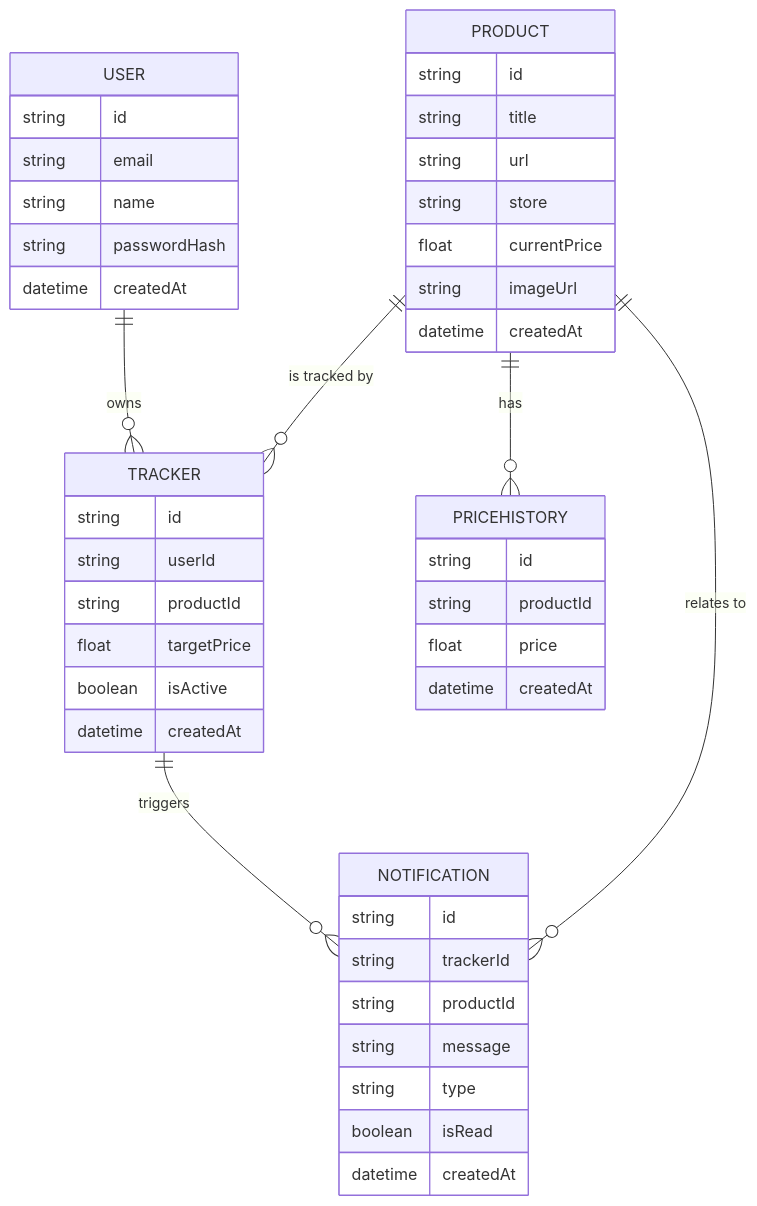
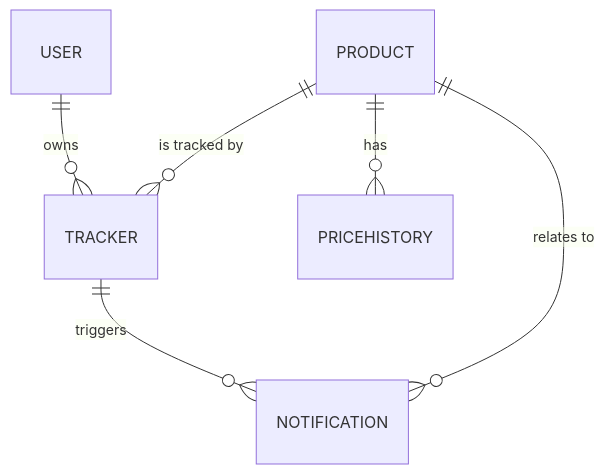
The third of 3 diagrams in README.md (Nithish-code17/pricelytix), drawn with Mermaid before and after one commit. The commit also changed other lines of this file, not shown here.

````diff
--- a/README.md
+++ b/README.md
@@ -437,48 +199,8 @@
 ```mermaid
 erDiagram
     USER ||--o{ TRACKER : owns
     PRODUCT ||--o{ TRACKER : "is tracked by"
     PRODUCT ||--o{ PRICEHISTORY : has
     TRACKER ||--o{ NOTIFICATION : triggers
     PRODUCT ||--o{ NOTIFICATION : "relates to"
-
-    USER {
-        string id
-        string email
-        string name
-        string passwordHash
-        datetime createdAt
-    }
-    PRODUCT {
-        string id
-        string title
-        string url
-        string store
-        float currentPrice
-        string imageUrl
-        datetime createdAt
-    }
-    TRACKER {
-        string id
-        string userId
-        string productId
-        float targetPrice
-        boolean isActive
-        datetime createdAt
-    }
-    PRICEHISTORY {
-        string id
-        string productId
-        float price
-        datetime createdAt
-    }
-    NOTIFICATION {
-        string id
-        string trackerId
-        string productId
-        string message
-        string type
-        boolean isRead
-        datetime createdAt
-    }
 ```
````
